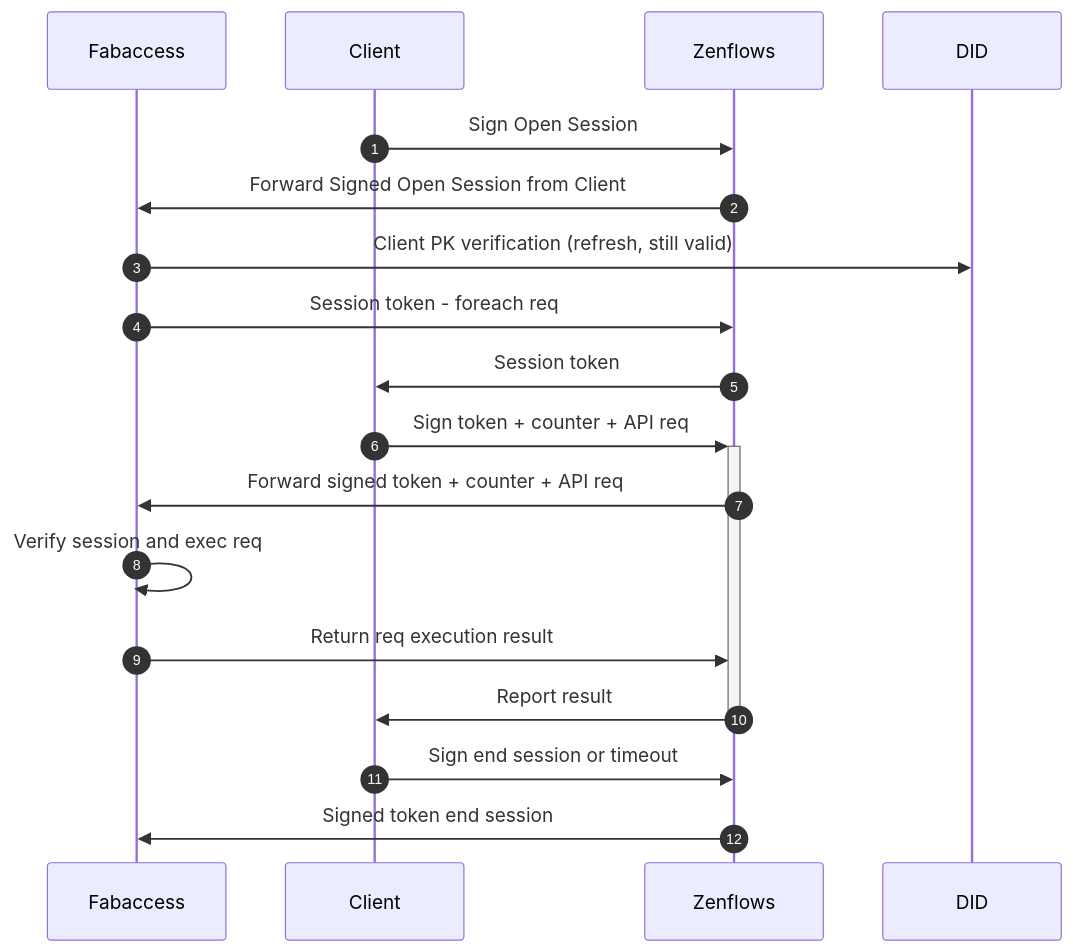
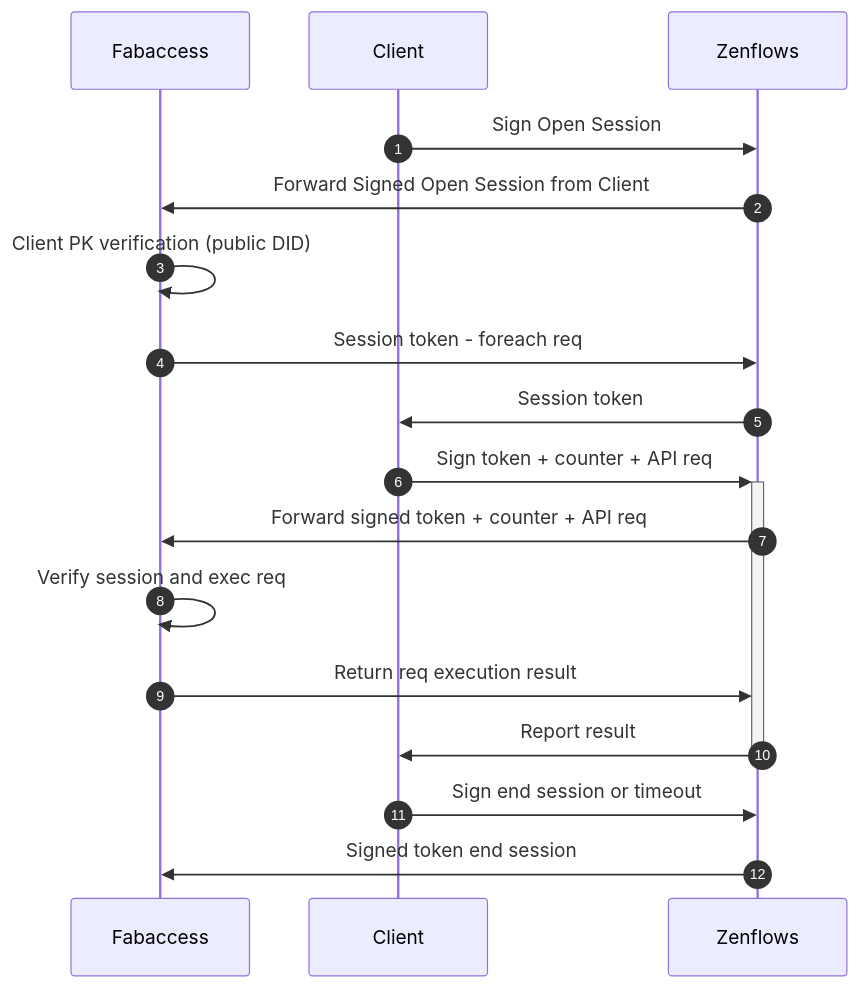
One commit to interfacerproject/zenflows-crypto changed the third of 3 diagrams in README.md. Above: the diagram before and after it, drawn with Mermaid.

Commit message:
remove DID from FabAccess diagram (implicit)

````diff
--- a/README.md
+++ b/README.md
@@ -183,19 +183,19 @@
 ```mermaid
 sequenceDiagram
     autonumber
     participant FA as Fabaccess
     participant C as Client
     participant WS as Zenflows
     C->>WS: Sign Open Session
     WS->>FA: Forward Signed Open Session from Client
-    FA->>DID: Client PK verification (refresh, still valid)
+    FA->>FA: Client PK verification (public DID)
     FA->>WS: Session token - foreach req
     WS->>C: Session token
     C->>+WS: Sign token + counter + API req
     WS->>FA: Forward signed token + counter + API req
     FA->>FA: Verify session and exec req
     FA->>WS: Return req execution result
     WS->>-C: Report result
     C->>WS: Sign end session or timeout
     WS->>FA: Signed token end session
 ```
````
